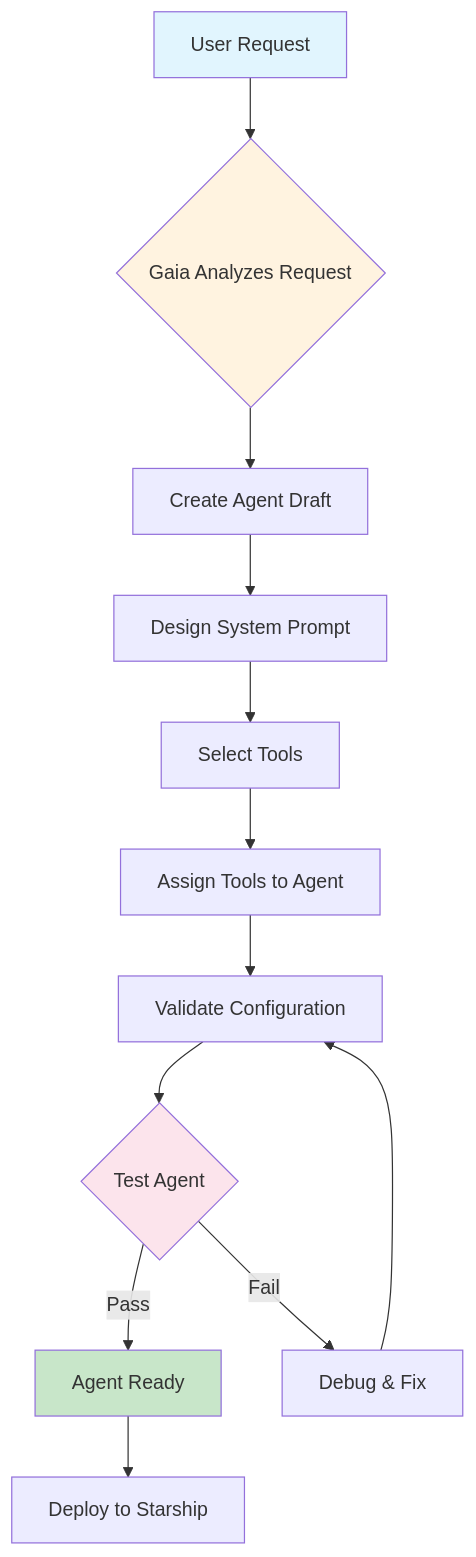
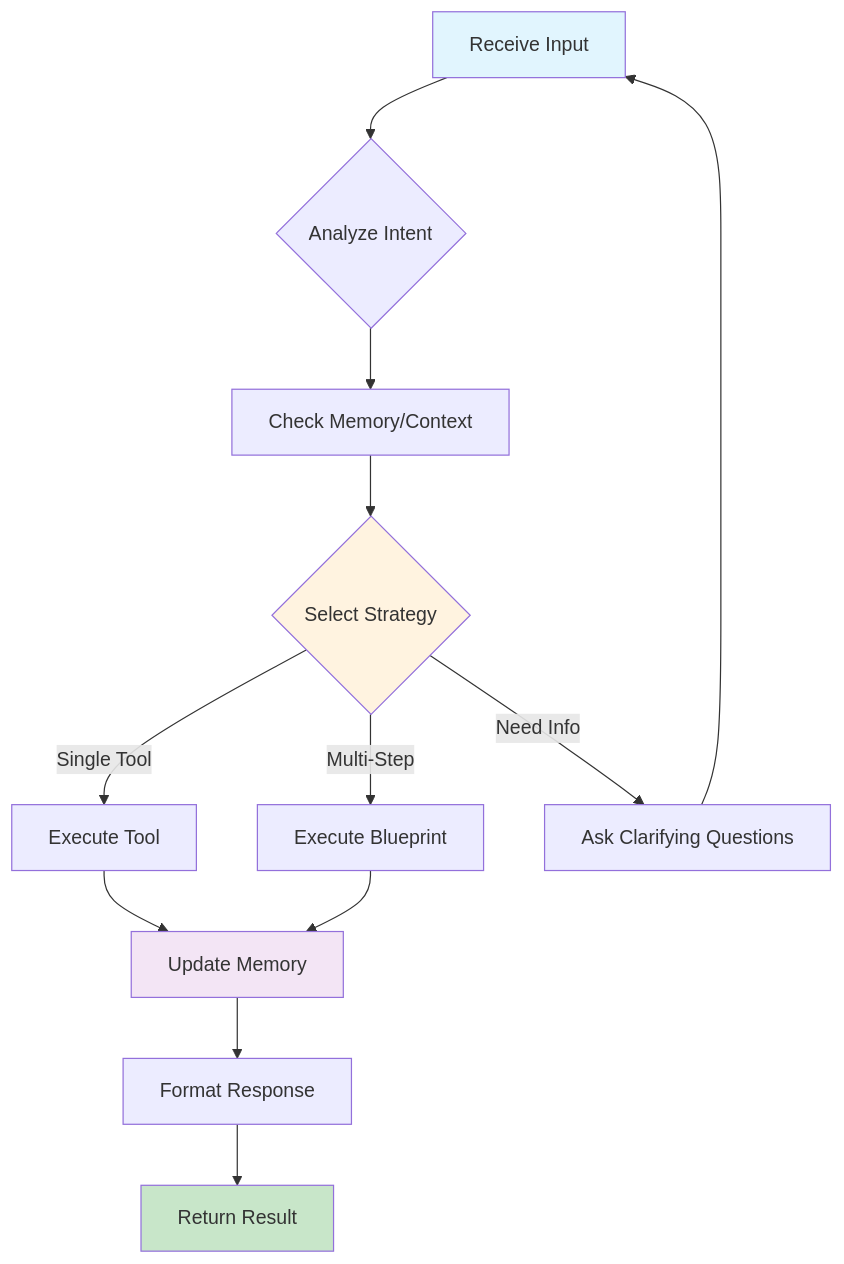
The first of 2 diagrams in packages/docs/content/docs/core-concepts/agents.mdx (theingenuityco/starships.ai), drawn with Mermaid before and after one commit. The commit also changed other lines of this file and 4 other files, not shown here.

````diff
--- a/packages/docs/content/docs/core-concepts/agents.mdx
+++ b/packages/docs/content/docs/core-concepts/agents.mdx
@@ -63,19 +48,19 @@
 ```mermaid
-flowchart TD
-    A[User Request] --> B{Gaia Analyzes Request}
-    B --> C[Create Agent Draft]
-    C --> D[Design System Prompt]
-    D --> E[Select Tools]
-    E --> F[Assign Tools to Agent]
-    F --> G[Validate Configuration]
-    G --> H{Test Agent}
-    H -->|Pass| I[Agent Ready]
-    H -->|Fail| J[Debug & Fix]
-    J --> G
-    I --> K[Deploy to Starship]
+graph TD
+    A[Receive Input] --> B{Analyze Intent}
+    B --> C[Check Memory/Context]
+    C --> D{Select Strategy}
+    D -->|Single Tool| E[Execute Tool]
+    D -->|Multi-Step| F[Execute Blueprint]
+    D -->|Need Info| G[Ask Clarifying Questions]
+    E --> H[Update Memory]
+    F --> H
+    G --> A
+    H --> I[Format Response]
+    I --> J[Return Result]
     
     style A fill:#e1f5fe
-    style I fill:#c8e6c9
-    style B fill:#fff3e0
-    style H fill:#fce4ec
+    style J fill:#c8e6c9
+    style D fill:#fff3e0
+    style H fill:#f3e5f5
 ```
````
